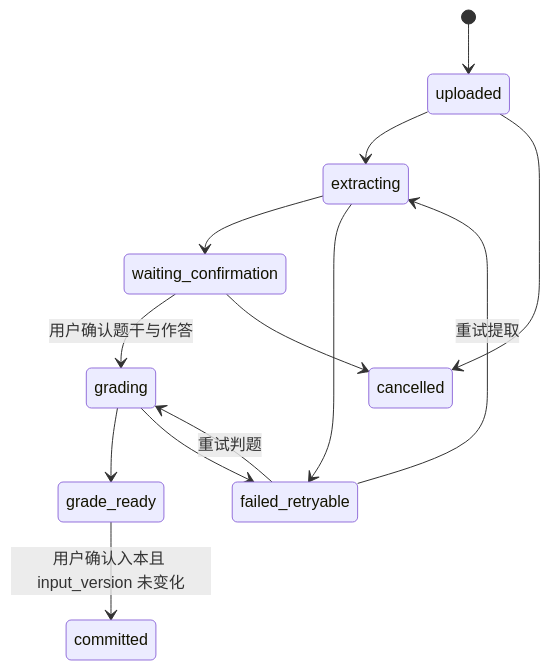
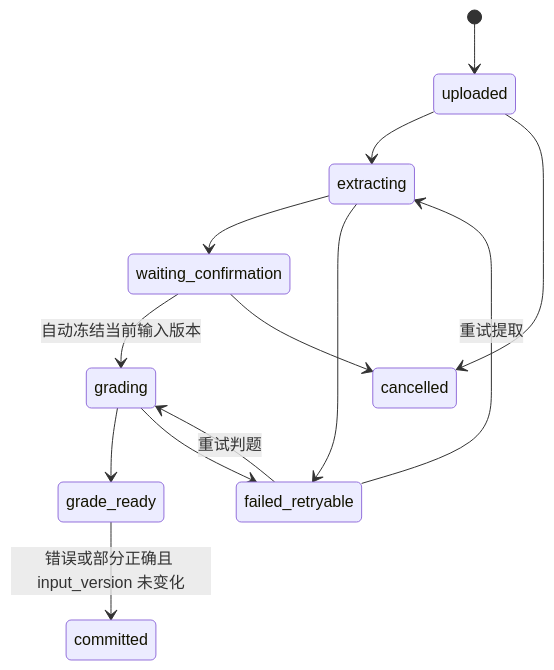
Before and after one commit to chjesu/math-error-notebook-web: the second of 2 diagrams in docs/03-TECHNICAL-ARCHITECTURE.md, drawn with Mermaid. The commit also changed 9 other files, not shown here.

````diff
--- a/docs/03-TECHNICAL-ARCHITECTURE.md
+++ b/docs/03-TECHNICAL-ARCHITECTURE.md
@@ -59,15 +59,15 @@
 ```mermaid
 stateDiagram-v2
     [*] --> uploaded
     uploaded --> extracting
     extracting --> waiting_confirmation
-    waiting_confirmation --> grading: 用户确认题干与作答
+    waiting_confirmation --> grading: 自动冻结当前输入版本
     grading --> grade_ready
-    grade_ready --> committed: 用户确认入本且 input_version 未变化
+    grade_ready --> committed: 错误或部分正确且 input_version 未变化
     extracting --> failed_retryable
     grading --> failed_retryable
     failed_retryable --> extracting: 重试提取
     failed_retryable --> grading: 重试判题
     uploaded --> cancelled
     waiting_confirmation --> cancelled
 ```
````
